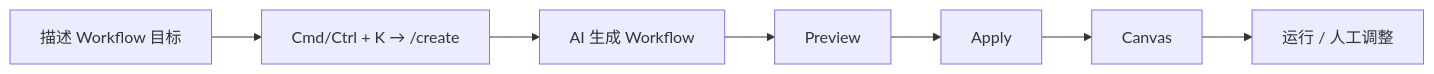
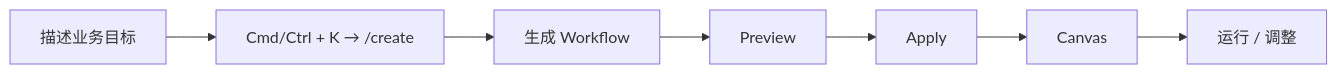
The second of 12 diagrams in weekly-report/dify-1.17-core-capabilities-research.md (sgfd-ui/internship), drawn with Mermaid before and after one commit. The commit also changed other lines of this file, not shown here.

Commit message:
docs: simplify AI Workflow research architecture

````diff
--- a/weekly-report/dify-1.17-core-capabilities-research.md
+++ b/weekly-report/dify-1.17-core-capabilities-research.md
@@ -65,9 +55,9 @@
 ```mermaid
 flowchart LR
-    A[描述 Workflow 目标] --> B["Cmd/Ctrl + K → /create"]
-    B --> C[AI 生成 Workflow]
+    A[描述业务目标] --> B["Cmd/Ctrl + K → /create"]
+    B --> C[生成 Workflow]
     C --> D[Preview]
     D --> E[Apply]
     E --> F[Canvas]
-    F --> G[运行 / 人工调整]
+    F --> G[运行 / 调整]
 ```
````
